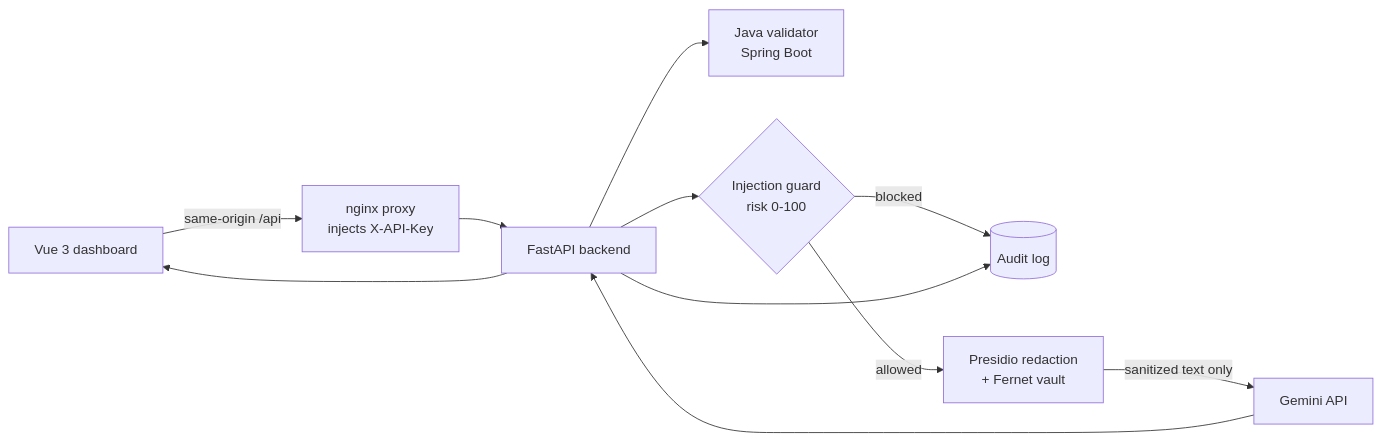
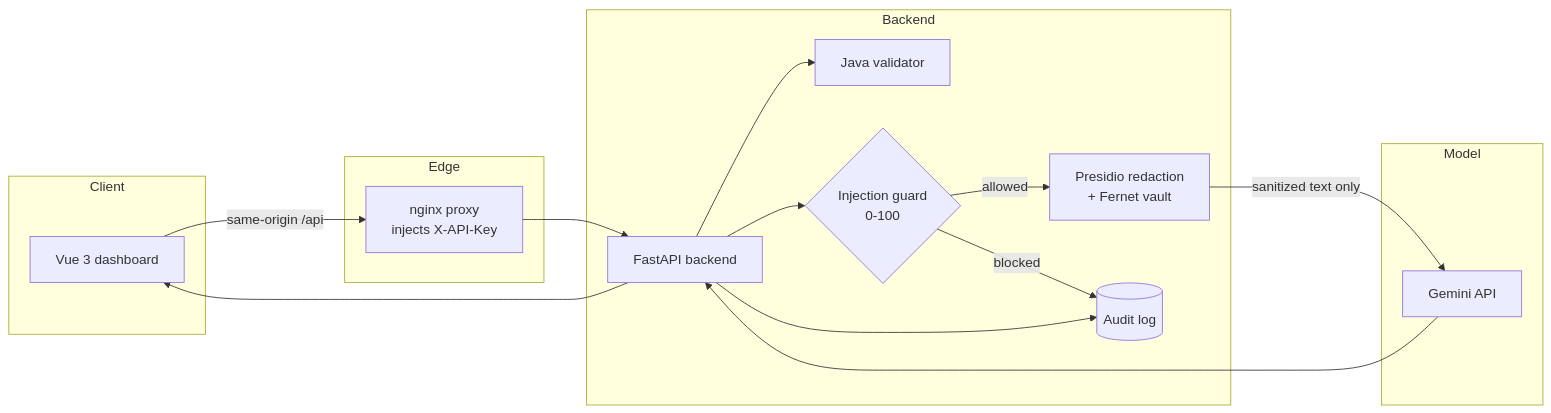
One commit to siliconsagenerd/securedoc-ai changed the first of 2 diagrams in README.md. Above: the diagram before and after it, drawn with Mermaid. The commit also changed other lines of this file, not shown here.

Commit message:
Improve README architecture diagrams

````diff
--- a/README.md
+++ b/README.md
@@ -17,13 +16,27 @@
 ```mermaid
 flowchart LR
-    U[Vue 3 dashboard] -->|same-origin /api| F[nginx proxy<br/>injects X-API-Key]
-    F --> B[FastAPI backend]
-    B --> J[Java validator<br/>Spring Boot]
-    B --> G{Injection guard<br/>risk 0-100}
-    G -->|blocked| A[(Audit log)]
-    G -->|allowed| P[Presidio redaction<br/>+ Fernet vault]
-    P -->|sanitized text only| M[Gemini API]
-    M --> B
+    subgraph Client
+        U[Vue 3 dashboard]
+    end
+    subgraph Edge
+        F[nginx proxy<br/>injects X-API-Key]
+    end
+    subgraph Backend
+        B[FastAPI backend]
+        J[Java validator]
+        G{Injection guard<br/>0-100}
+        P[Presidio redaction<br/>+ Fernet vault]
+        A[(Audit log)]
+    end
+    subgraph Model
+        M[Gemini API]
+    end
+
+    U -->|same-origin /api| F --> B
+    B --> J
+    B --> G
+    G -->|blocked| A
+    G -->|allowed| P -->|sanitized text only| M --> B
     B --> A
     B --> U
 ```
````
